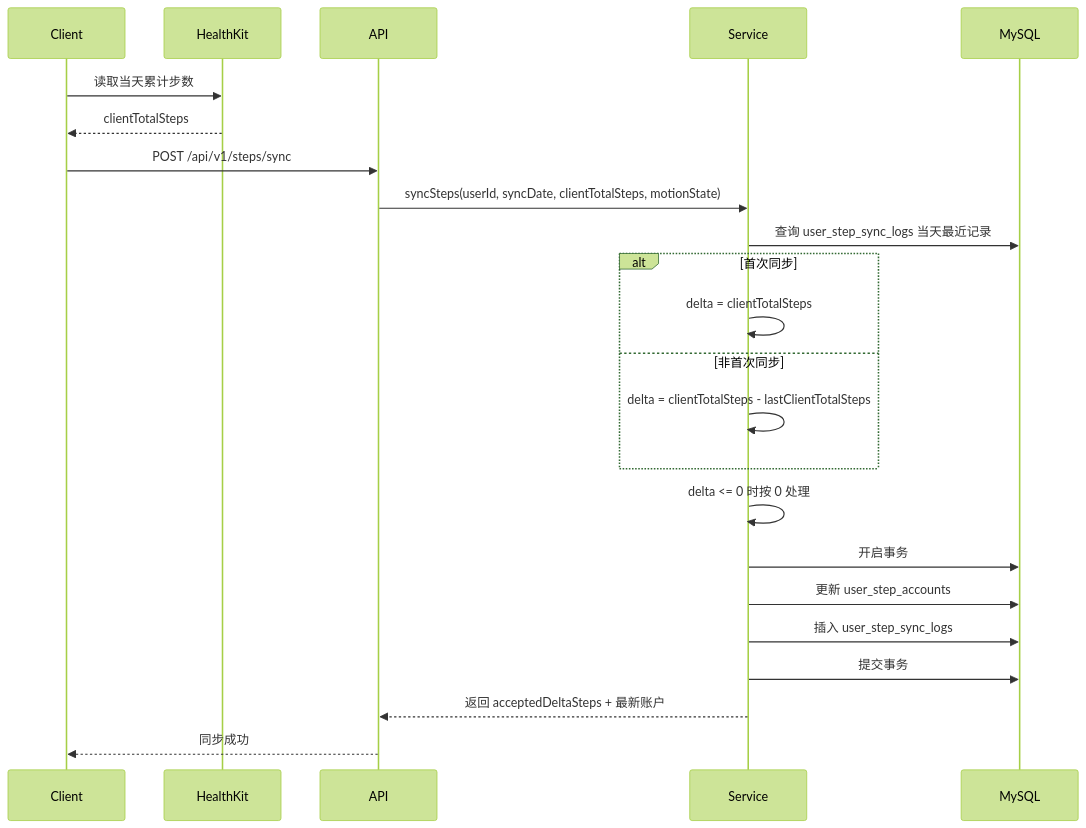
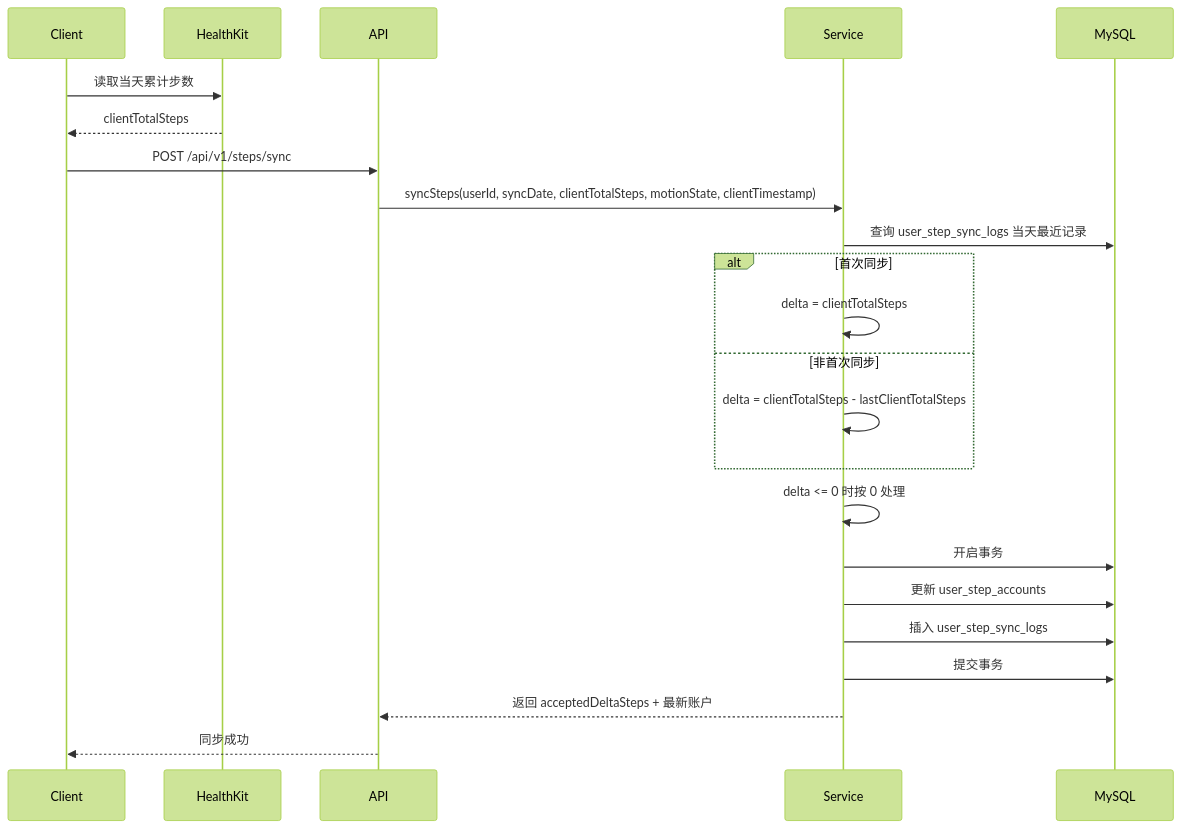
The third of 12 diagrams in docs/宠物互动App_时序图与核心业务流程设计.md (huing7373/catc), drawn with Mermaid (forest theme) before and after one commit. The commit also changed 3 other files, not shown here.

First line of the commit message:
fix(review): 接口契约 story 必须连同时序图 + 数据库枚举一起锚定，不能只改 V1 接口文档

````diff
--- a/docs/宠物互动App_时序图与核心业务流程设计.md
+++ b/docs/宠物互动App_时序图与核心业务流程设计.md
@@ -177,26 +177,26 @@
 ```mermaid
 sequenceDiagram
     participant Client
     participant HealthKit
     participant API
     participant Service
     participant MySQL
 
     Client->>HealthKit: 读取当天累计步数
     HealthKit-->>Client: clientTotalSteps
     Client->>API: POST /api/v1/steps/sync
-    API->>Service: syncSteps(userId, syncDate, clientTotalSteps, motionState)
+    API->>Service: syncSteps(userId, syncDate, clientTotalSteps, motionState, clientTimestamp)
     Service->>MySQL: 查询 user_step_sync_logs 当天最近记录
     alt 首次同步
         Service->>Service: delta = clientTotalSteps
     else 非首次同步
         Service->>Service: delta = clientTotalSteps - lastClientTotalSteps
     end
     Service->>Service: delta <= 0 时按 0 处理
     Service->>MySQL: 开启事务
     Service->>MySQL: 更新 user_step_accounts
     Service->>MySQL: 插入 user_step_sync_logs
     Service->>MySQL: 提交事务
     Service-->>API: 返回 acceptedDeltaSteps + 最新账户
     API-->>Client: 同步成功
 ```
````
